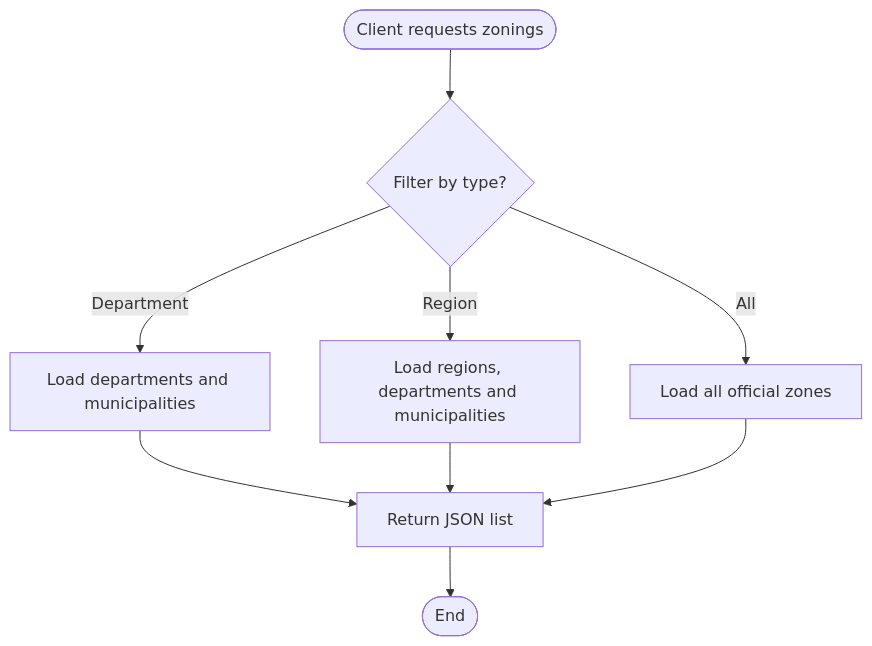
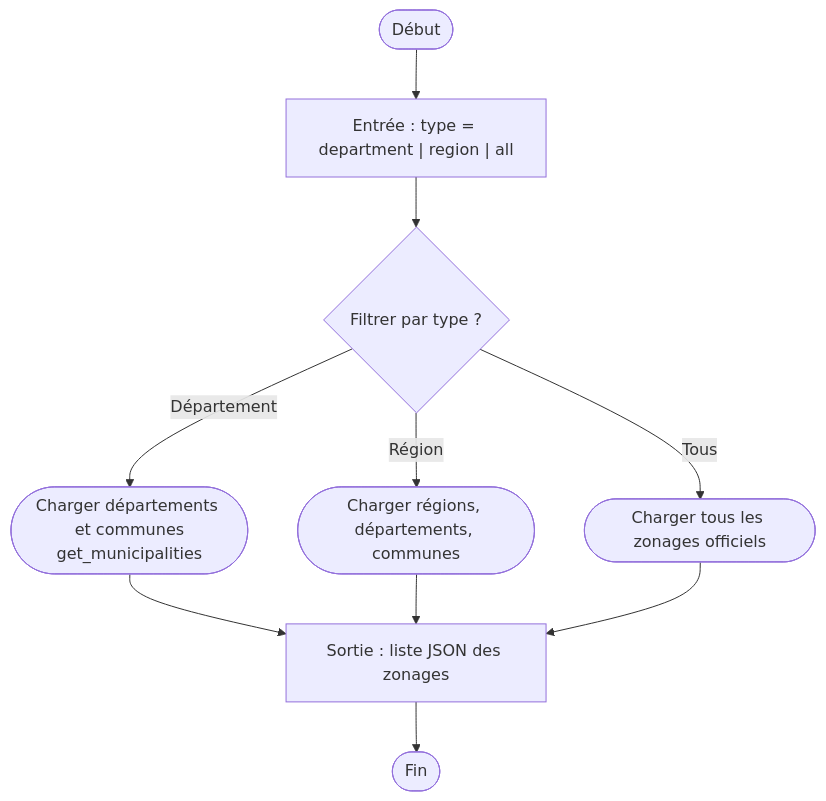
The sixth of 8 diagrams in doc/activity_diagram.md (gabriel-dahan/ensai-it-project-2a-team12), drawn with Mermaid before and after one commit. The commit also changed other lines of this file and 29 other files, not shown here.

Commit message:
New diagrams & reporr

````diff
--- a/doc/activity_diagram.md
+++ b/doc/activity_diagram.md
@@ -95,11 +126,12 @@
 ```mermaid
 flowchart TD
-    start([Client requests zonings]) --> type{Filter by type?}
-    type -->|Department| depts[Load departments and municipalities]
-    type -->|Region| regions[Load regions, departments and municipalities]
-    type -->|All| all[Load all official zones]
+    start([Début]) --> entree["Entrée : type = department | region | all"]
+    entree --> type{Filtrer par type ?}
+    type -->|Département| depts(["Charger départements et communes\nget_municipalities"])
+    type -->|Région| regions(["Charger régions, départements, communes"])
+    type -->|Tous| all([Charger tous les zonages officiels])
     depts --> respond
     regions --> respond
-    all --> respond[Return JSON list]
-    respond --> endOk([End])
+    all --> respond["Sortie : liste JSON des zonages"]
+    respond --> endOk([Fin])
 ```
````
